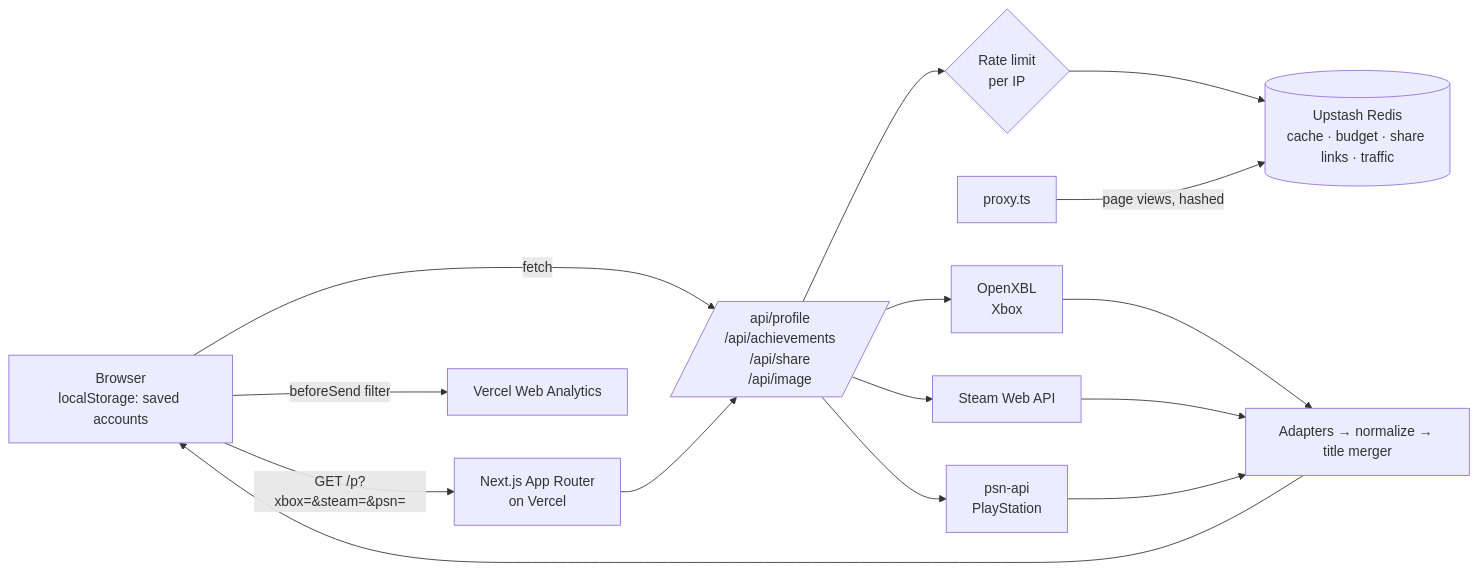
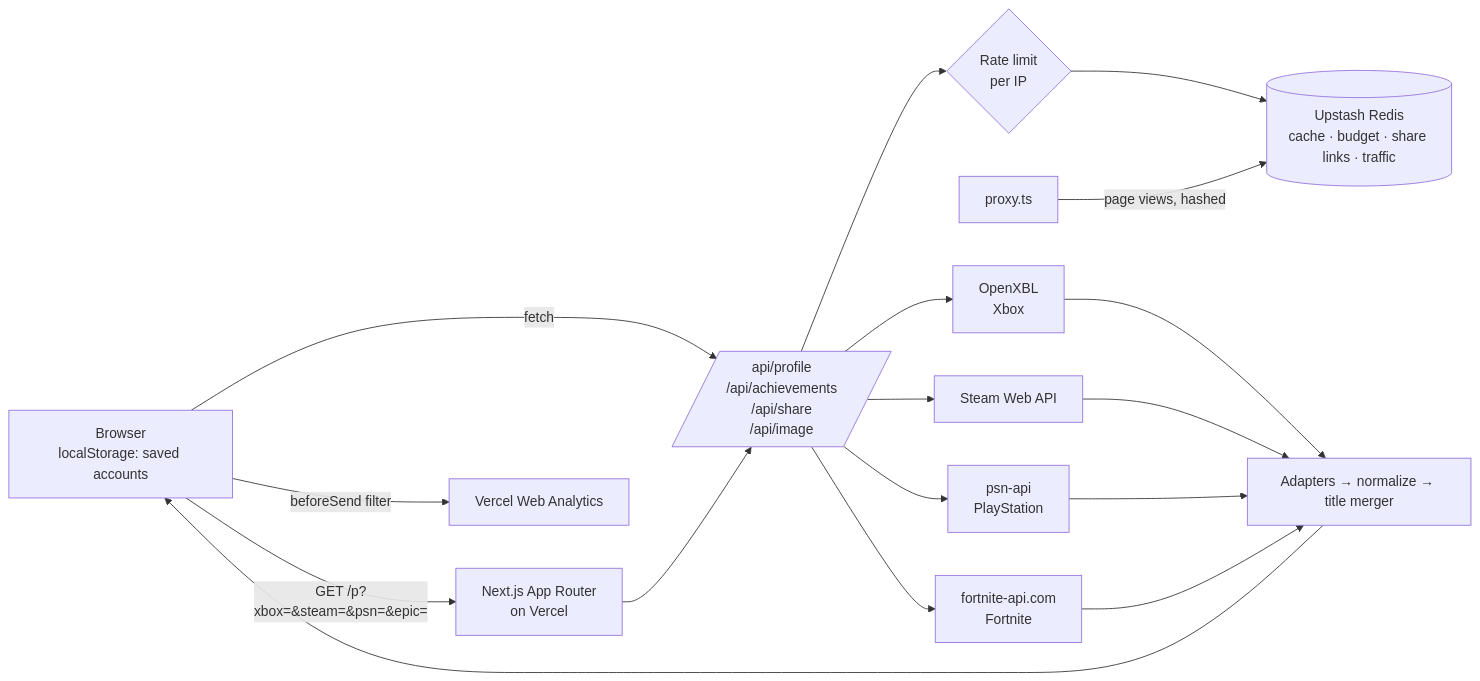
The diagram in README.md (bigfishlaker/gamehistory), drawn with Mermaid before and after one commit. The commit also changed other lines of this file and 31 other files, not shown here.

Commit message:
Add Epic / Fortnite stats (fortnite-api.com): epic account type, Fortnite card, pooled hours (max rule), per-IP limit, 600/hr budget, 15-min cache, docs + tests

````diff
--- a/README.md
+++ b/README.md
@@ -44,15 +44,16 @@
 ```mermaid
 flowchart LR
-  U[Browser<br/>localStorage: saved accounts] -->|GET /p?xbox=&steam=&psn=| N[Next.js App Router<br/>on Vercel]
+  U[Browser<br/>localStorage: saved accounts] -->|GET /p?xbox=&steam=&psn=&epic=| N[Next.js App Router<br/>on Vercel]
   U -->|fetch| API[/api/profile<br/>/api/achievements<br/>/api/share<br/>/api/image/]
   N --> API
   API --> RL{Rate limit<br/>per IP}
   RL --> C[(Upstash Redis<br/>cache · budget · share links · traffic)]
   API --> X[OpenXBL<br/>Xbox]
   API --> S[Steam Web API]
   API --> P[psn-api<br/>PlayStation]
-  X & S & P --> M[Adapters → normalize → title merger]
+  API --> F[fortnite-api.com<br/>Fortnite]
+  X & S & P & F --> M[Adapters → normalize → title merger]
   M --> U
   PX[proxy.ts] -->|page views, hashed| C
   U -->|beforeSend filter| VA[Vercel Web Analytics]
 ```
````
